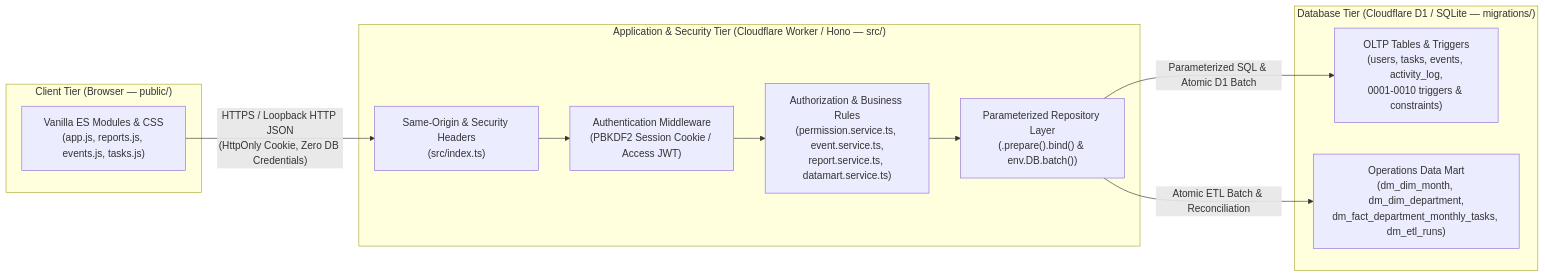
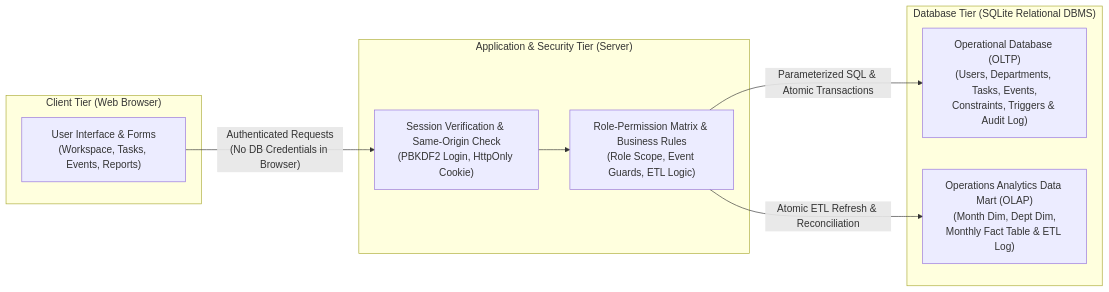
The diagram in docs/cs213/01_PROJECT_DOCUMENTATION.md (vn0raven/dsc-oms-cs213), drawn with Mermaid before and after one commit. The commit also changed other lines of this file and 6 other files, not shown here.

````diff
--- a/docs/cs213/01_PROJECT_DOCUMENTATION.md
+++ b/docs/cs213/01_PROJECT_DOCUMENTATION.md
@@ -116,25 +130,21 @@
 ```mermaid
 flowchart LR
-  subgraph Client["Client Tier (Browser — public/)"]
-    UI["Vanilla ES Modules & CSS\n(app.js, reports.js, events.js, tasks.js)"]
+  subgraph Client["Client Tier (Web Browser)"]
+    UI["User Interface & Forms\n(Workspace, Tasks, Events, Reports)"]
   end
 
-  subgraph Server["Application & Security Tier (Cloudflare Worker / Hono — src/)"]
-    CORS["Same-Origin & Security Headers\n(src/index.ts)"]
-    AUTH["Authentication Middleware\n(PBKDF2 Session Cookie / Access JWT)"]
-    RBAC["Authorization & Business Rules\n(permission.service.ts, event.service.ts,\nreport.service.ts, datamart.service.ts)"]
-    REPO["Parameterized Repository Layer\n(.prepare().bind() & env.DB.batch())"]
+  subgraph Server["Application & Security Tier (Server)"]
+    AUTH["Session Verification & Same-Origin Check\n(PBKDF2 Login, HttpOnly Cookie)"]
+    RBAC["Role-Permission Matrix & Business Rules\n(Role Scope, Event Guards, ETL Logic)"]
   end
 
-  subgraph Data["Database Tier (Cloudflare D1 / SQLite — migrations/)"]
-    OLTP["OLTP Tables & Triggers\n(users, tasks, events, activity_log,\n0001-0010 triggers & constraints)"]
-    MART["Operations Data Mart\n(dm_dim_month, dm_dim_department,\ndm_fact_department_monthly_tasks, dm_etl_runs)"]
+  subgraph Data["Database Tier (SQLite Relational DBMS)"]
+    OLTP["Operational Database (OLTP)\n(Users, Departments, Tasks, Events,\nConstraints, Triggers & Audit Log)"]
+    MART["Operations Analytics Data Mart (OLAP)\n(Month Dim, Dept Dim,\nMonthly Fact Table & ETL Log)"]
   end
 
-  UI -- "HTTPS / Loopback HTTP JSON\n(HttpOnly Cookie, Zero DB Credentials)" --> CORS
-  CORS --> AUTH
+  UI -- "Authenticated Requests\n(No DB Credentials in Browser)" --> AUTH
   AUTH --> RBAC
-  RBAC --> REPO
-  REPO -- "Parameterized SQL & Atomic D1 Batch" --> OLTP
-  REPO -- "Atomic ETL Batch & Reconciliation" --> MART
+  RBAC -- "Parameterized SQL & Atomic Transactions" --> OLTP
+  RBAC -- "Atomic ETL Refresh & Reconciliation" --> MART
 ```
````
